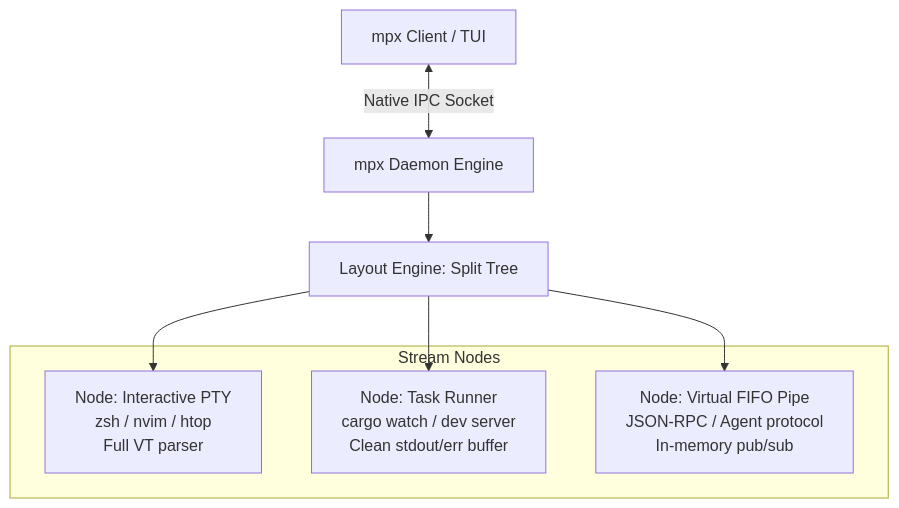
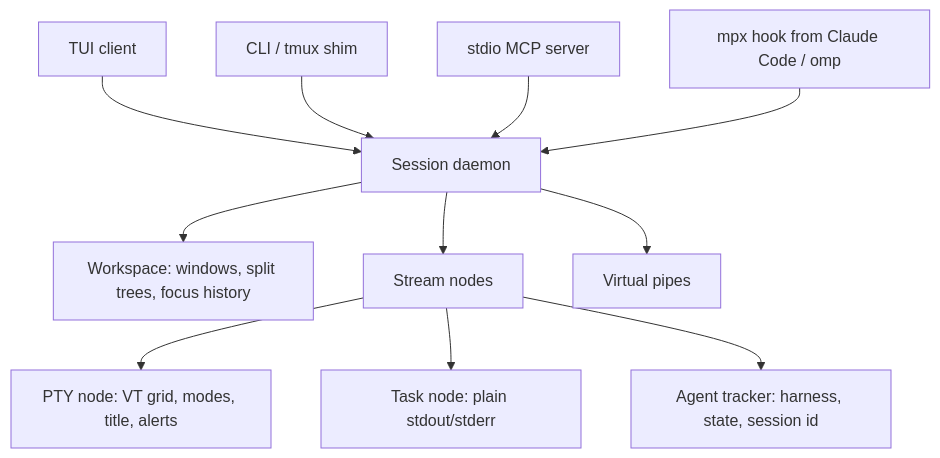
One commit to casonadams/mpx changed the diagram in docs/ARCHITECTURE.md. Above: the diagram before and after it, drawn with Mermaid. The commit also changed other lines of this file and 133 other files, not shown here.

````diff
--- a/docs/ARCHITECTURE.md
+++ b/docs/ARCHITECTURE.md
@@ -13,13 +5,13 @@
 ```mermaid
 graph TD
-Client[mpx Client / TUI] <-->|Native IPC Socket| Daemon[mpx Daemon Engine]
-Daemon --> L[Layout Engine: Split Tree]
-subgraph Stream Nodes
-PTY[Node: Interactive PTY<br/>zsh / nvim / htop<br/>Full VT parser]
-TASK[Node: Task Runner<br/>cargo watch / dev server<br/>Clean stdout/err buffer]
-PIPE[Node: Virtual FIFO Pipe<br/>JSON-RPC / Agent protocol<br/>In-memory pub/sub]
-end
-L --> PTY
-L --> TASK
-L --> PIPE
+TUI[TUI client] --> D
+CLI[CLI / tmux shim] --> D
+MCP[stdio MCP server] --> D
+HOOK[mpx hook from Claude Code / omp] --> D
+D[Session daemon] --> WS[Workspace: windows, split trees, focus history]
+D --> N[Stream nodes]
+D --> P[Virtual pipes]
+N --> PTY[PTY node: VT grid, modes, title, alerts]
+N --> TASK[Task node: plain stdout/stderr]
+N --> AG[Agent tracker: harness, state, session id]
 ```
````
